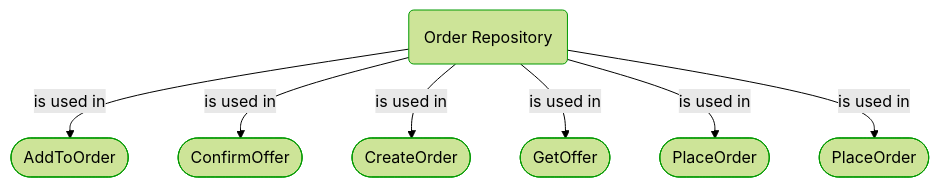
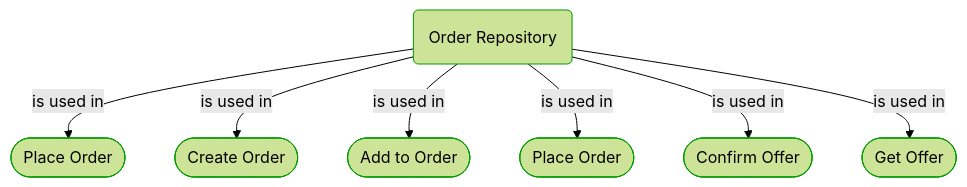
Before and after one commit to itlibrium/DDD-starter-dotnet: the second of 2 diagrams in Docs/P3/MermaidOutput/Domain/Concepts/Sales/Orders/OrderRepository.md, drawn with Mermaid (forest theme). The commit also changed other lines of this file and 51 other files, not shown here.

````diff
--- a/Docs/P3/MermaidOutput/Domain/Concepts/Sales/Orders/OrderRepository.md
+++ b/Docs/P3/MermaidOutput/Domain/Concepts/Sales/Orders/OrderRepository.md
@@ -67,26 +67,26 @@
 ```mermaid
   flowchart TB
     0(Order Repository)
     class 0 DomainPerspective
-    1([AddToOrder])
+    1([Place Order])
     class 1 DomainPerspective
     0-->|is used in|1
-    2([ConfirmOffer])
+    2([Create Order])
     class 2 DomainPerspective
     0-->|is used in|2
-    3([CreateOrder])
+    3([Add to Order])
     class 3 DomainPerspective
     0-->|is used in|3
-    4([GetOffer])
+    4([Place Order])
     class 4 DomainPerspective
     0-->|is used in|4
-    5([PlaceOrder])
+    5([Confirm Offer])
     class 5 DomainPerspective
     0-->|is used in|5
-    6([PlaceOrder])
+    6([Get Offer])
     class 6 DomainPerspective
     0-->|is used in|6
     classDef DomainPerspective stroke:#009900
     classDef TechnologyPerspective stroke:#1F41EB
     classDef PeoplePerspective stroke:#FFF014
 ```
````
